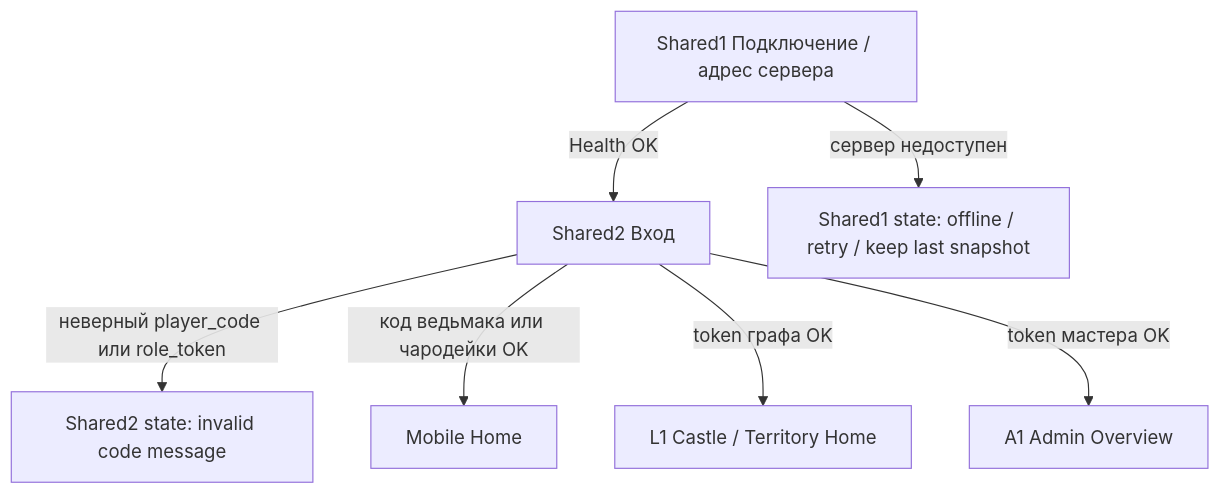
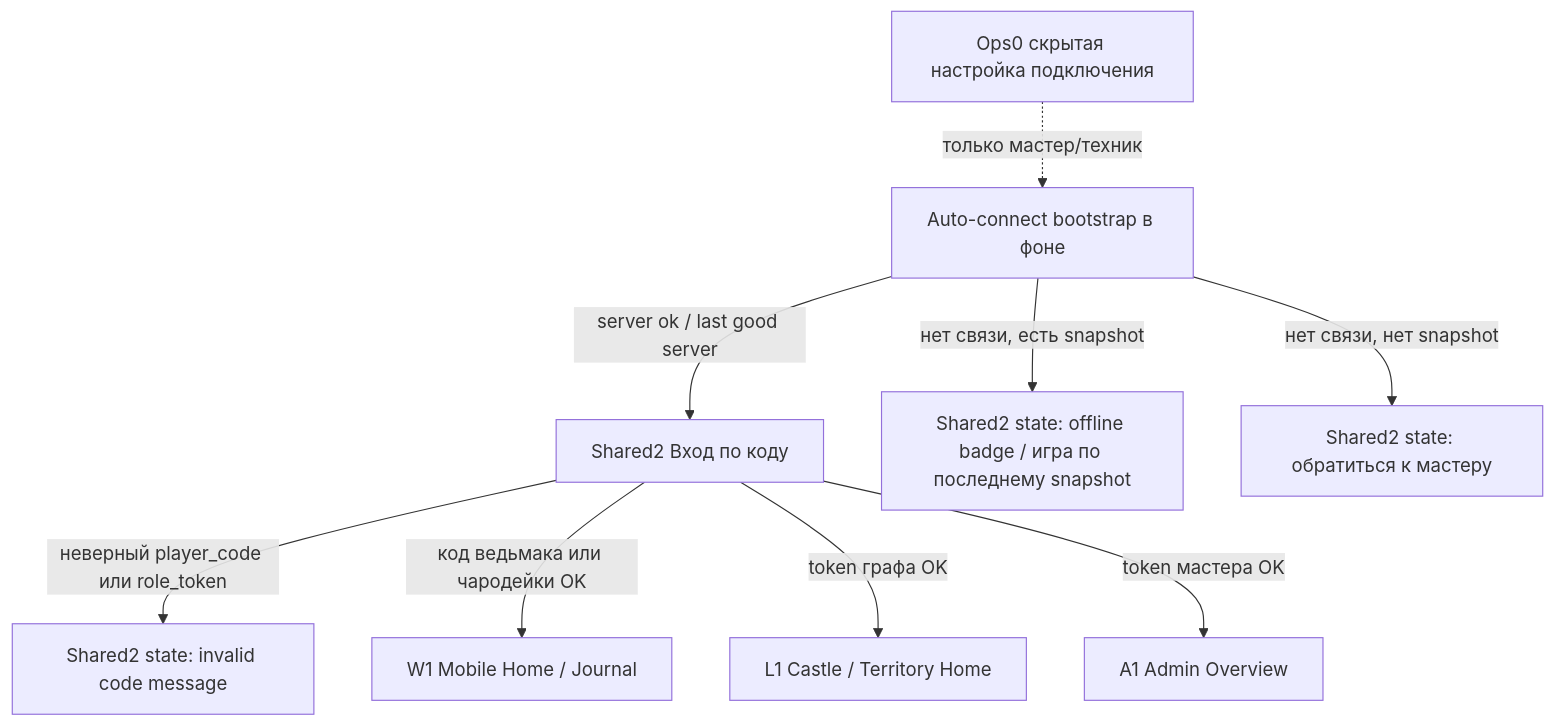
Before and after one commit to ianssensQ/Witcher-LARP: the first of 5 diagrams in docs/ui/stage2b-screen-map.md, drawn with Mermaid. The commit also changed other lines of this file and 27 other files, not shown here.

````diff
--- a/docs/ui/stage2b-screen-map.md
+++ b/docs/ui/stage2b-screen-map.md
@@ -28,9 +35,11 @@
 ```mermaid
 flowchart TD
-  S1["Shared1 Подключение / адрес сервера"] -->|"Health OK"| S2["Shared2 Вход"]
-  S1 -->|"сервер недоступен"| S1E["Shared1 state: offline / retry / keep last snapshot"]
+  BOOT["Auto-connect bootstrap в фоне"] -->|"server ok / last good server"| S2["Shared2 Вход по коду"]
+  BOOT -->|"нет связи, есть snapshot"| S2O["Shared2 state: offline badge / игра по последнему snapshot"]
+  BOOT -->|"нет связи, нет snapshot"| S2H["Shared2 state: обратиться к мастеру"]
+  OPS0["Ops0 скрытая настройка подключения"] -. "только мастер/техник" .-> BOOT
   S2 -->|"неверный player_code или role_token"| S2E["Shared2 state: invalid code message"]
-  S2 -->|"код ведьмака или чародейки OK"| M1["Mobile Home"]
+  S2 -->|"код ведьмака или чародейки OK"| M1["W1 Mobile Home / Journal"]
   S2 -->|"token графа OK"| L1["L1 Castle / Territory Home"]
   S2 -->|"token мастера OK"| A1["A1 Admin Overview"]
 ```
````
